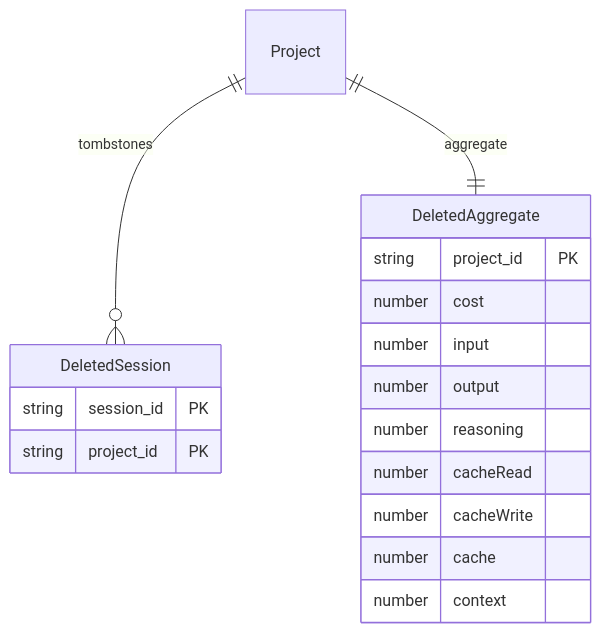
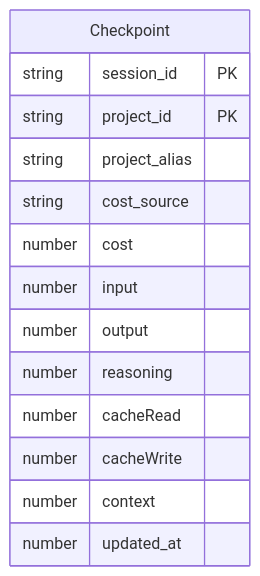
Before and after one commit to jonasotoaguilar/opencode-tokenmeter: the third of 3 diagrams in ARCHITECTURE.md, drawn with Mermaid. The commit also changed other lines of this file, not shown here.

Commit message:
docs(architecture): describe durable per-session checkpoints and OS data directory

````diff
--- a/ARCHITECTURE.md
+++ b/ARCHITECTURE.md
@@ -110,20 +110,17 @@
 ```mermaid
 erDiagram
-    Project ||--o{ DeletedSession : "tombstones"
-    Project ||--|| DeletedAggregate : "aggregate"
-    DeletedSession {
+    Checkpoint {
         string session_id PK
         string project_id PK
-    }
-    DeletedAggregate {
-        string project_id PK
+        string project_alias
+        string cost_source
         number cost
         number input
         number output
         number reasoning
         number cacheRead
         number cacheWrite
-        number cache
         number context
+        number updated_at
     }
 ```
````
